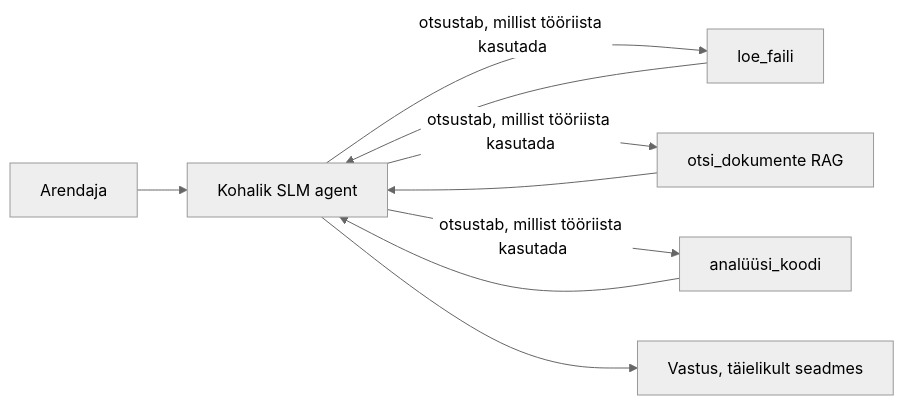
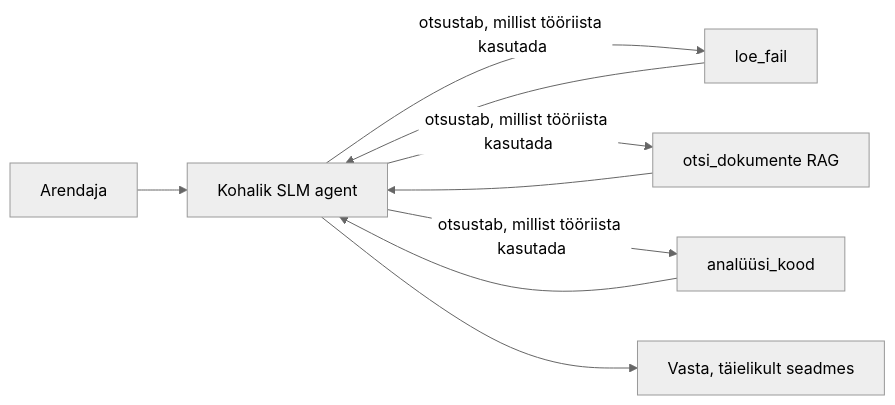
Before and after one commit to microsoft/ai-agents-for-beginners: the first of 4 diagrams in translations/et/17-creating-local-ai-agents/README.md, drawn with Mermaid (neutral theme). The commit also changed other lines of this file and 46 other files, not shown here.

````diff
--- a/translations/et/17-creating-local-ai-agents/README.md
+++ b/translations/et/17-creating-local-ai-agents/README.md
@@ -66,11 +66,11 @@
 ```mermaid
 flowchart LR
     U[Arendaja] --> A[Kohalik SLM agent]
-    A -->|otsustab, millist tööriista kasutada| T1[loe_faili]
+    A -->|otsustab, millist tööriista kasutada| T1[loe_fail]
     A -->|otsustab, millist tööriista kasutada| T2[otsi_dokumente RAG]
-    A -->|otsustab, millist tööriista kasutada| T3[analüüsi_koodi]
+    A -->|otsustab, millist tööriista kasutada| T3[analüüsi_kood]
     T1 --> A
     T2 --> A
     T3 --> A
-    A --> R[Vastus, täielikult seadmes]
+    A --> R[Vasta, täielikult seadmes]
 ```
````
